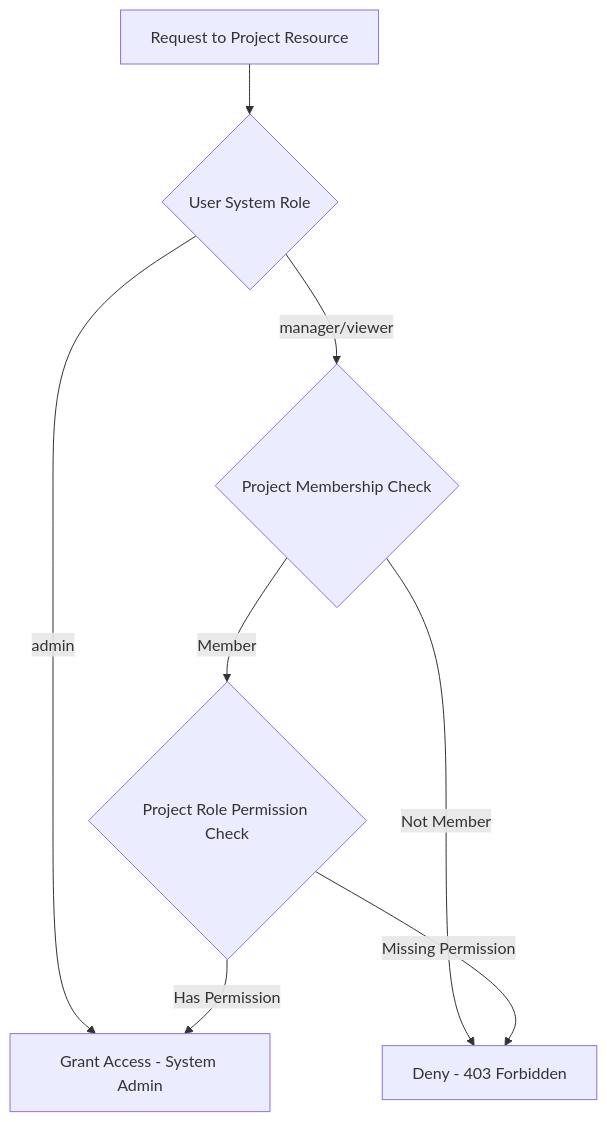
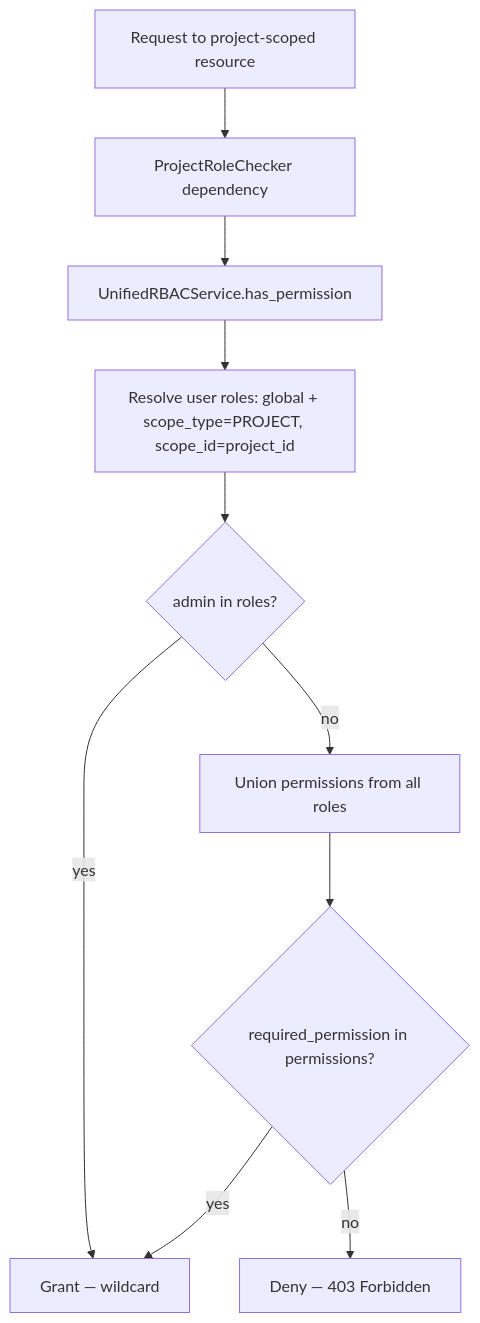
The second of 2 diagrams in docs/02-architecture/backend/contexts/project-management/architecture.md (ogghst/backcast), drawn with Mermaid before and after one commit. The commit also changed other lines of this file and 29 other files, not shown here.

First line of the commit message:
docs: sync stale architecture docs with current code

````diff
--- a/docs/02-architecture/backend/contexts/project-management/architecture.md
+++ b/docs/02-architecture/backend/contexts/project-management/architecture.md
@@ -249,10 +158,12 @@
 ```mermaid
 flowchart TD
-    A[Request to Project Resource] --> B{User System Role}
-    B -->|admin| C[Grant Access - System Admin]
-    B -->|manager/viewer| D{Project Membership Check}
-    D -->|Not Member| E[Deny - 403 Forbidden]
-    D -->|Member| F{Project Role Permission Check}
-    F -->|Has Permission| C
-    F -->|Missing Permission| E
+    A[Request to project-scoped resource] --> B[ProjectRoleChecker dependency]
+    B --> C[UnifiedRBACService.has_permission]
+    C --> D[Resolve user roles: global + scope_type=PROJECT, scope_id=project_id]
+    D --> E{admin in roles?}
+    E -->|yes| F[Grant — wildcard]
+    E -->|no| G[Union permissions from all roles]
+    G --> H{required_permission in permissions?}
+    H -->|yes| F
+    H -->|no| I[Deny — 403 Forbidden]
 ```
````
